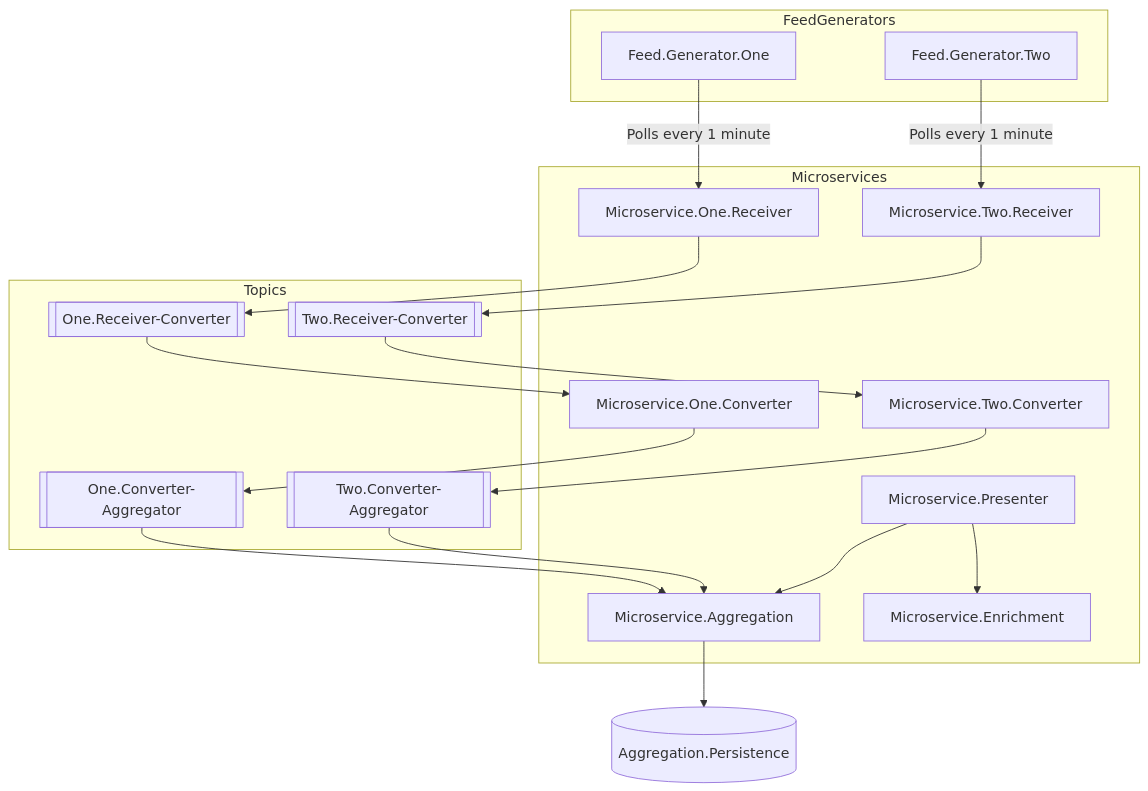
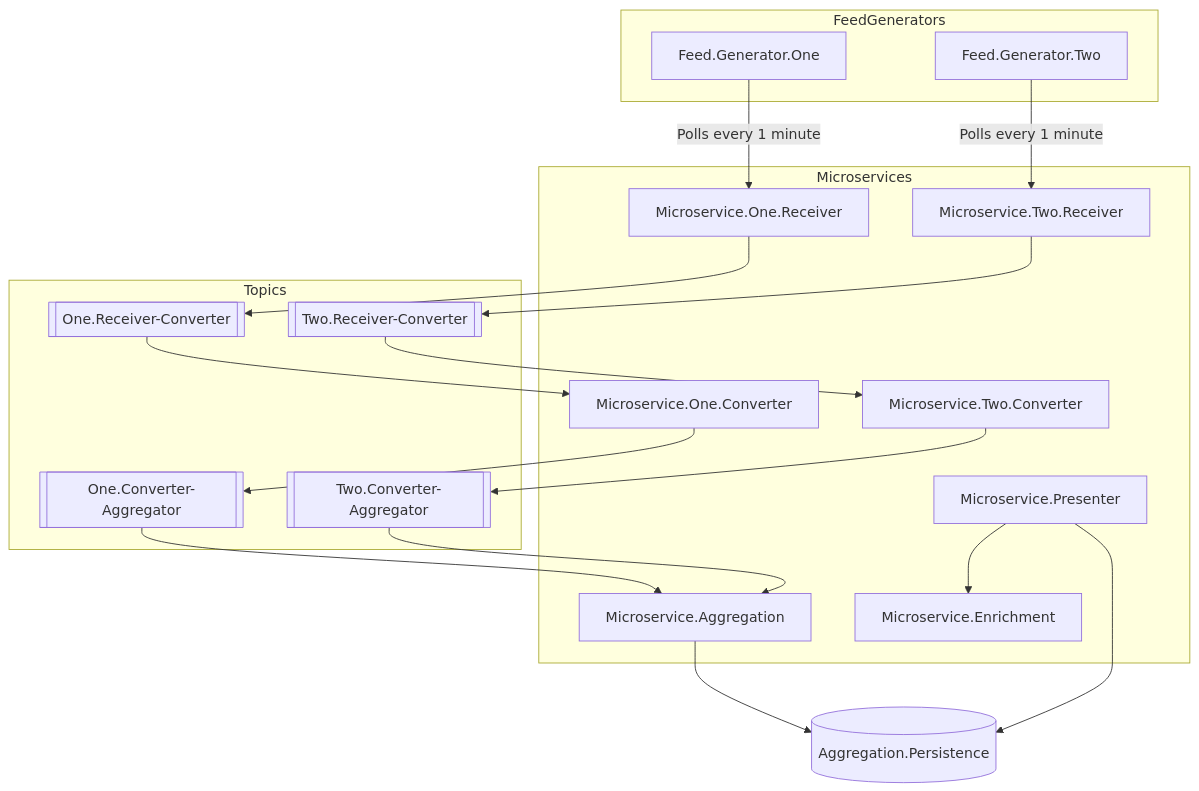
One commit to mak100186/mircroservices.observability changed the third of 3 diagrams in README.md. Above: the diagram before and after it, drawn with Mermaid. The commit also changed other lines of this file, not shown here.

Commit message:
updated upcoming and learning outcomes, updated diagrams and fixed the mistakes

````diff
--- a/README.md
+++ b/README.md
@@ -114,40 +116,40 @@
 ```mermaid
 graph TD 
     subgraph FeedGenerators 
         A[Feed.Generator.One] 
         D[Feed.Generator.Two] 
     end
 
 subgraph Microservices
     B[Microservice.One.Receiver]
     C[Microservice.One.Converter]
     E[Microservice.Two.Receiver]
     F[Microservice.Two.Converter]
     G[Microservice.Aggregation]
     H[Microservice.Enrichment]
     I[Microservice.Presenter]
 end
 
 subgraph Topics
     T1[[One.Receiver-Converter]]
     T2[[Two.Receiver-Converter]]
     T3[[One.Converter-Aggregator]]
     T4[[Two.Converter-Aggregator]]
 end
 
 DB[(Aggregation.Persistence)]
 
 A -- Polls every 1 minute --> B
 B --> T1
 T1 --> C
 C --> T3
 D -- Polls every 1 minute --> E
 E --> T2
 T2 --> F
 F --> T4
 T3 --> G
 T4 --> G
 G --> DB
-I --> G
 I --> H
+I --> DB
 ```
````
